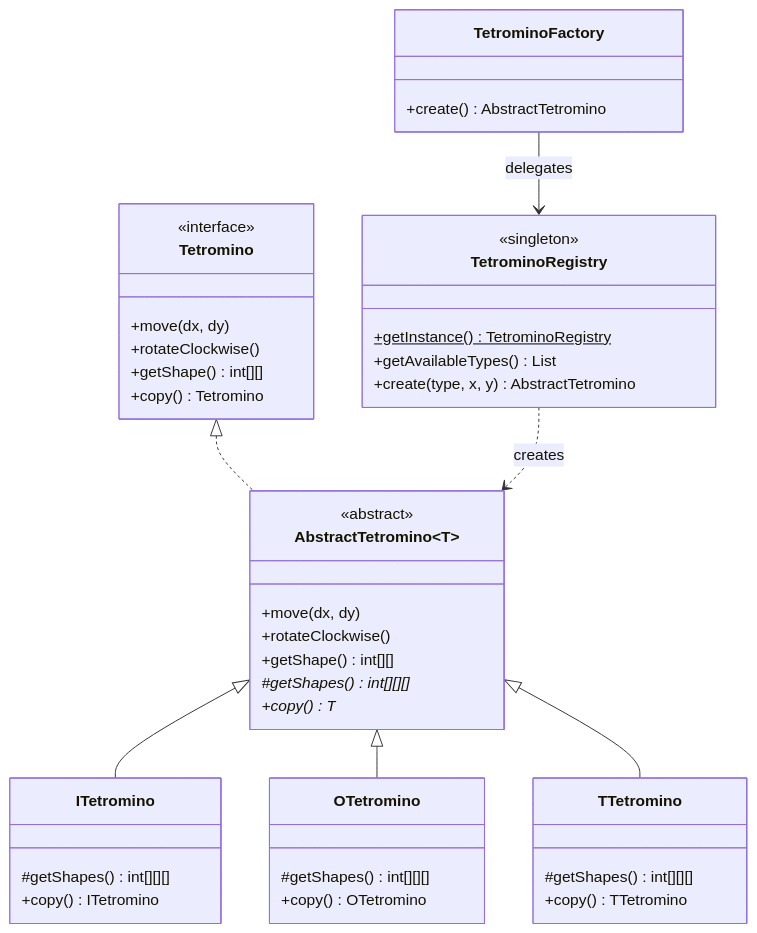
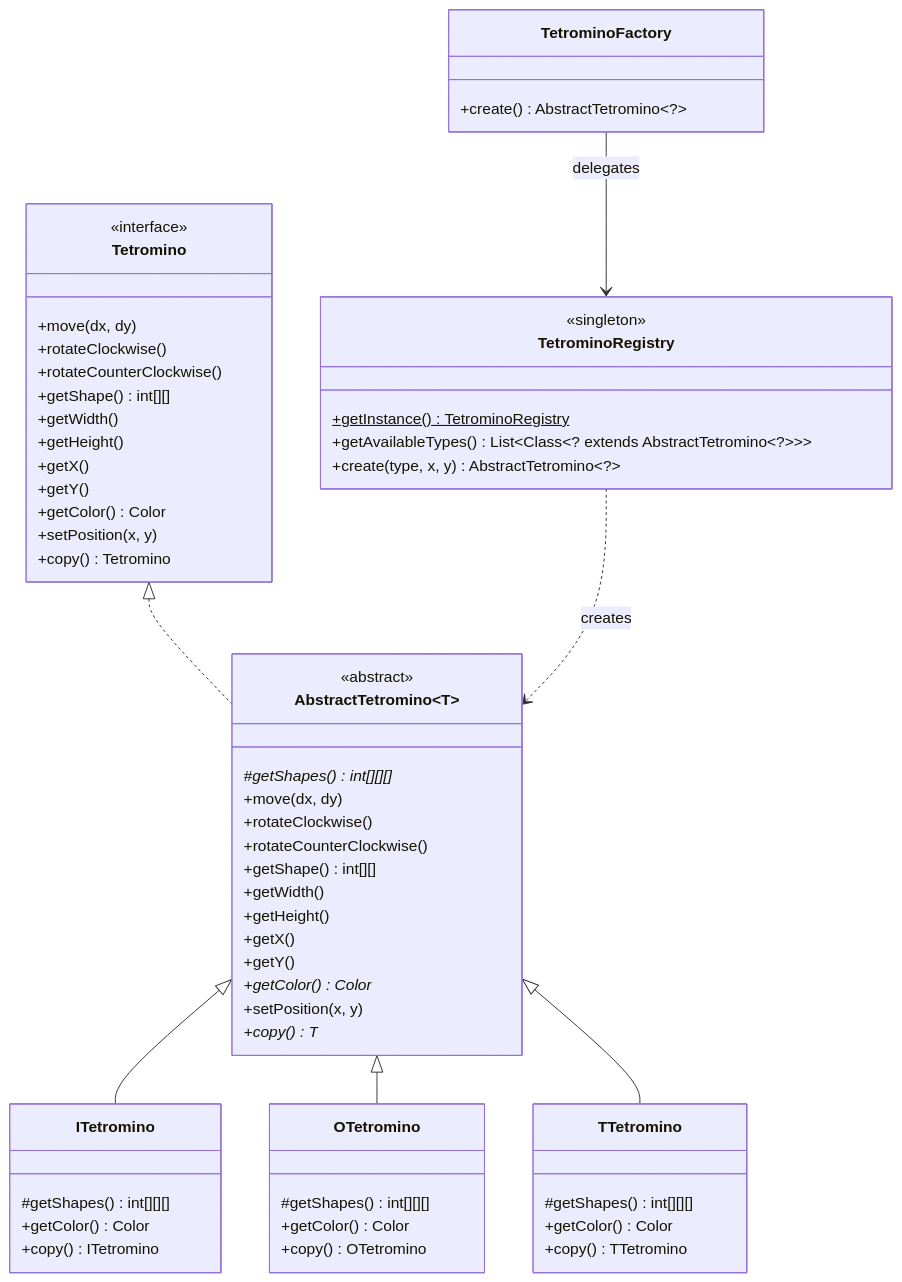
The diagram in report/resources/tetromino.md (xpicio/tetraj), drawn with Mermaid before and after one commit. The commit also changed 20 other files, not shown here.

````diff
--- a/report/resources/tetromino.md
+++ b/report/resources/tetromino.md
@@ -1,52 +1,69 @@
 ```mermaid
 classDiagram
     class Tetromino {
         <<interface>>
         +move(dx, dy)
         +rotateClockwise()
+        +rotateCounterClockwise()
         +getShape() int[][]
+        +getWidth()
+        +getHeight()
+        +getX()
+        +getY()
+        +getColor() Color
+        +setPosition(x, y)
         +copy() Tetromino
     }
 
     class AbstractTetromino~T~ {
         <<abstract>>
+        #getShapes()* int[][][]
         +move(dx, dy)
         +rotateClockwise()
+        +rotateCounterClockwise()
         +getShape() int[][]
-        #getShapes()* int[][][]
+        +getWidth()
+        +getHeight()
+        +getX()
+        +getY()
+        +getColor()* Color
+        +setPosition(x, y)
         +copy()* T
     }
 
     class ITetromino {
         #getShapes() int[][][]
+        +getColor() Color
         +copy() ITetromino
     }
 
     class OTetromino {
         #getShapes() int[][][]
+        +getColor() Color
         +copy() OTetromino
     }
 
     class TTetromino {
         #getShapes() int[][][]
+        +getColor() Color
         +copy() TTetromino
     }
 
     class TetrominoRegistry {
         <<singleton>>
         +getInstance()$ TetrominoRegistry
-        +getAvailableTypes() List
-        +create(type, x, y) AbstractTetromino
+        +getAvailableTypes() List~Class~? extends AbstractTetromino~?~~~
+        +create(type, x, y) AbstractTetromino~?~
     }
 
     class TetrominoFactory {
-        +create() AbstractTetromino
+        +create() AbstractTetromino~?~
     }
 
     Tetromino <|.. AbstractTetromino
     AbstractTetromino <|-- ITetromino
     AbstractTetromino <|-- OTetromino
     AbstractTetromino <|-- TTetromino
     TetrominoFactory --> TetrominoRegistry : delegates
     TetrominoRegistry ..> AbstractTetromino : creates
 ```
````
